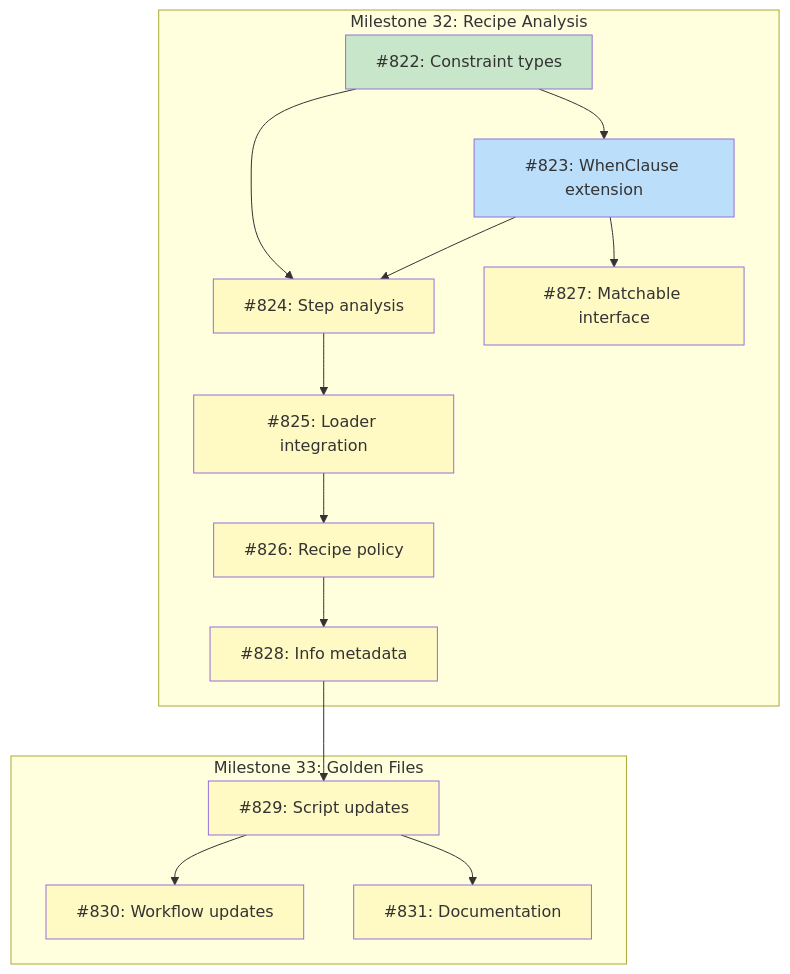
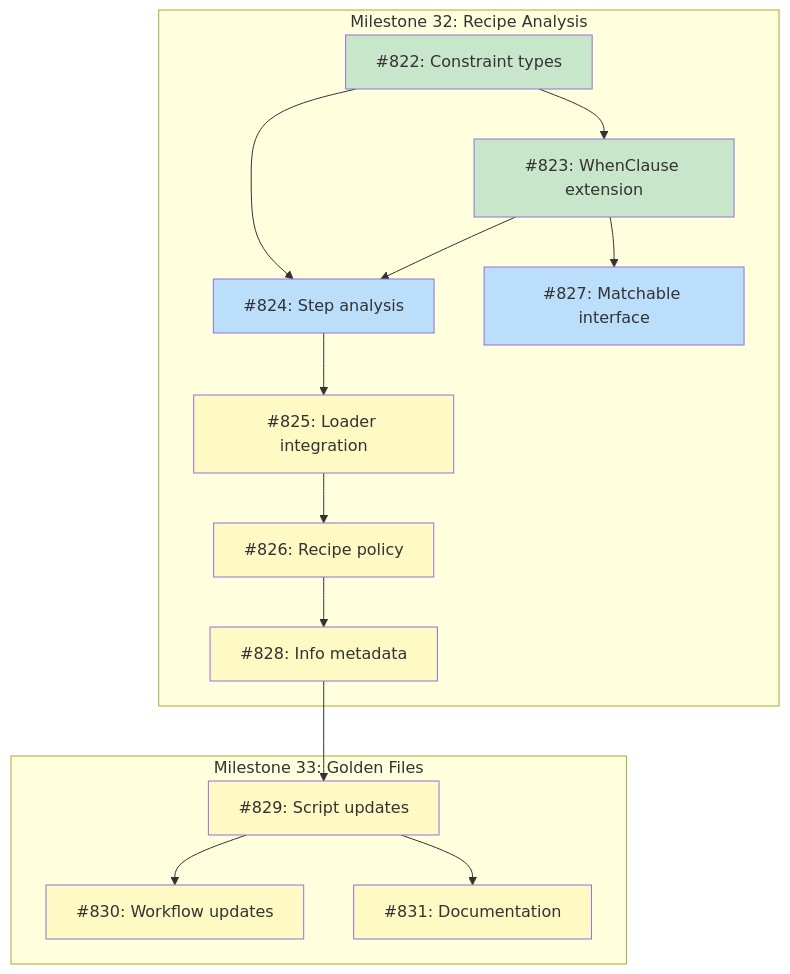
Before and after one commit to tsukumogami/tsuku: the diagram in docs/DESIGN-golden-family-support.md, drawn with Mermaid. The commit also changed 2 other files, not shown here.

Commit message:
feat(recipe): extend WhenClause with family and arch constraints (#833)
Add Arch and LinuxFamily fields to WhenClause for explicit platform
targeting.
Implement MergeWhenClause() to combine implicit action constraints with
explicit
when clause constraints, detecting conflicts at load time.

- Add Arch and LinuxFamily fields to WhenClause struct
- Update IsEmpty() to include new fields
- Update UnmarshalTOML to parse arch and linux_family
- Update ToMap to serialize new fields
- Add MergeWhenClause() with conflict detection

````diff
--- a/docs/DESIGN-golden-family-support.md
+++ b/docs/DESIGN-golden-family-support.md
@@ -31,38 +31,38 @@
 ```mermaid
 graph TD
     subgraph M32["Milestone 32: Recipe Analysis"]
         I822["#822: Constraint types"]
         I823["#823: WhenClause extension"]
         I824["#824: Step analysis"]
         I825["#825: Loader integration"]
         I826["#826: Recipe policy"]
         I827["#827: Matchable interface"]
         I828["#828: Info metadata"]
     end
 
     subgraph M33["Milestone 33: Golden Files"]
         I829["#829: Script updates"]
         I830["#830: Workflow updates"]
         I831["#831: Documentation"]
     end
 
     I822 --> I823
     I822 --> I824
     I823 --> I824
     I823 --> I827
     I824 --> I825
     I825 --> I826
     I826 --> I828
     I828 --> I829
     I829 --> I830
     I829 --> I831
 
     classDef done fill:#c8e6c9
     classDef ready fill:#bbdefb
     classDef blocked fill:#fff9c4
     classDef needsDesign fill:#e1bee7
 
-    class I822 done
-    class I823 ready
-    class I824,I825,I826,I827,I828,I829,I830,I831 blocked
+    class I822,I823 done
+    class I824,I827 ready
+    class I825,I826,I828,I829,I830,I831 blocked
 ```
````
